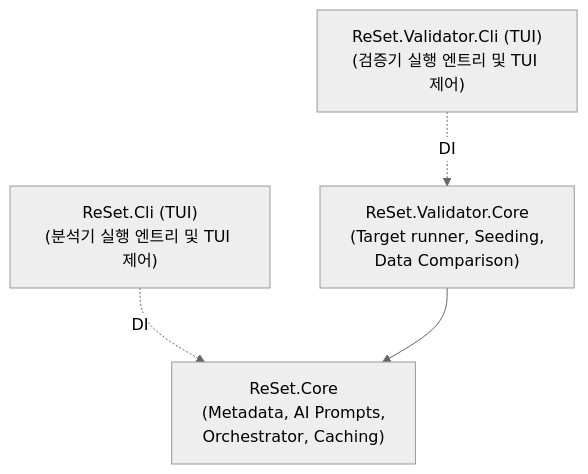
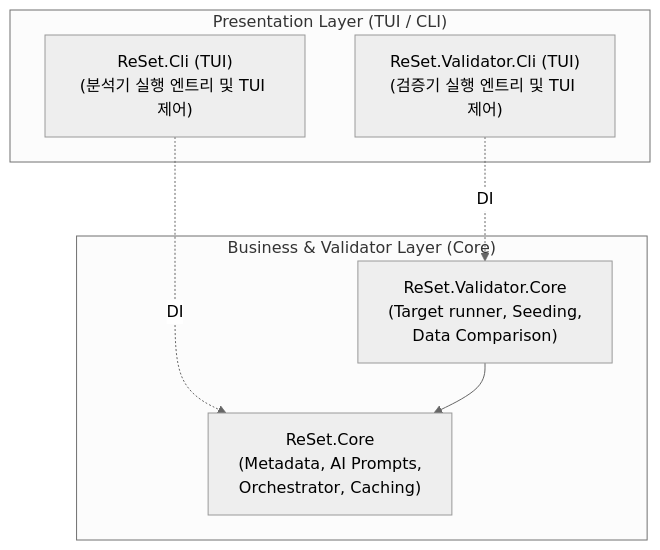
One commit to moondae815/ReSet changed the first of 7 diagrams in docs/architecture.md. Above: the diagram before and after it, drawn with Mermaid (neutral theme).

Commit message:
docs: group layer nodes in subgraphs to enforce horizontal alignment

````diff
--- a/docs/architecture.md
+++ b/docs/architecture.md
@@ -24,15 +24,17 @@
 ```mermaid
 flowchart TD
-    %% TUI / CLI Layer
-    Cli["ReSet.Cli (TUI)<br/>(분석기 실행 엔트리 및 TUI 제어)"]
-    ValCli["ReSet.Validator.Cli (TUI)<br/>(검증기 실행 엔트리 및 TUI 제어)"]
+    subgraph Presentation["Presentation Layer (TUI / CLI)"]
+        Cli["ReSet.Cli (TUI)<br/>(분석기 실행 엔트리 및 TUI 제어)"]
+        ValCli["ReSet.Validator.Cli (TUI)<br/>(검증기 실행 엔트리 및 TUI 제어)"]
+    end
 
-    %% Core Business & Validator Layer
-    Core["ReSet.Core<br/>(Metadata, AI Prompts,<br/>Orchestrator, Caching)"]
-    ValCore["ReSet.Validator.Core<br/>(Target runner, Seeding,<br/>Data Comparison)"]
+    subgraph Business["Business & Validator Layer (Core)"]
+        Core["ReSet.Core<br/>(Metadata, AI Prompts,<br/>Orchestrator, Caching)"]
+        ValCore["ReSet.Validator.Core<br/>(Target runner, Seeding,<br/>Data Comparison)"]
+    end
 
     %% Dependencies
     Cli -. "DI" .-> Core
     ValCli -. "DI" .-> ValCore
     ValCore --> Core
 ```
````
